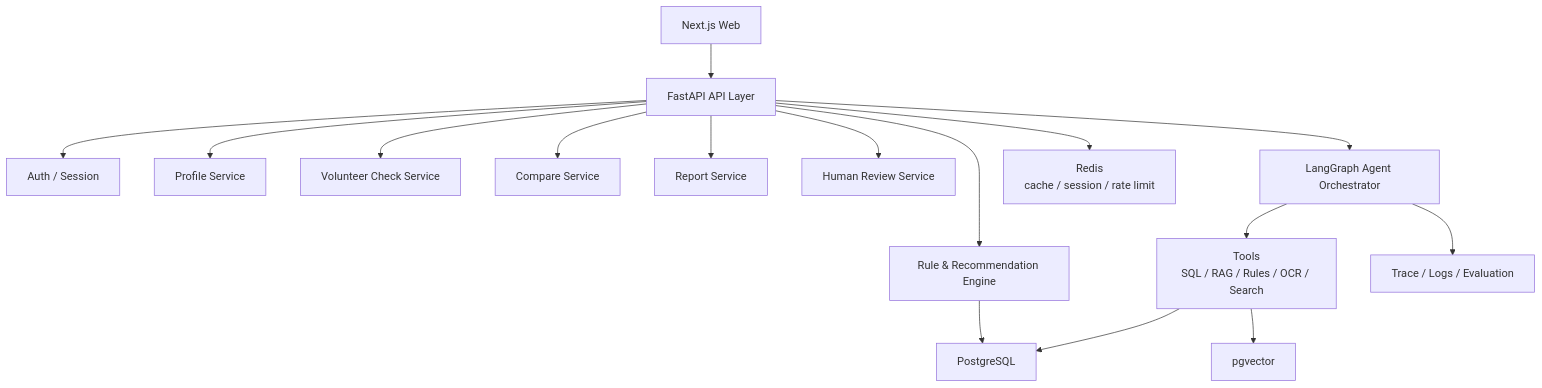
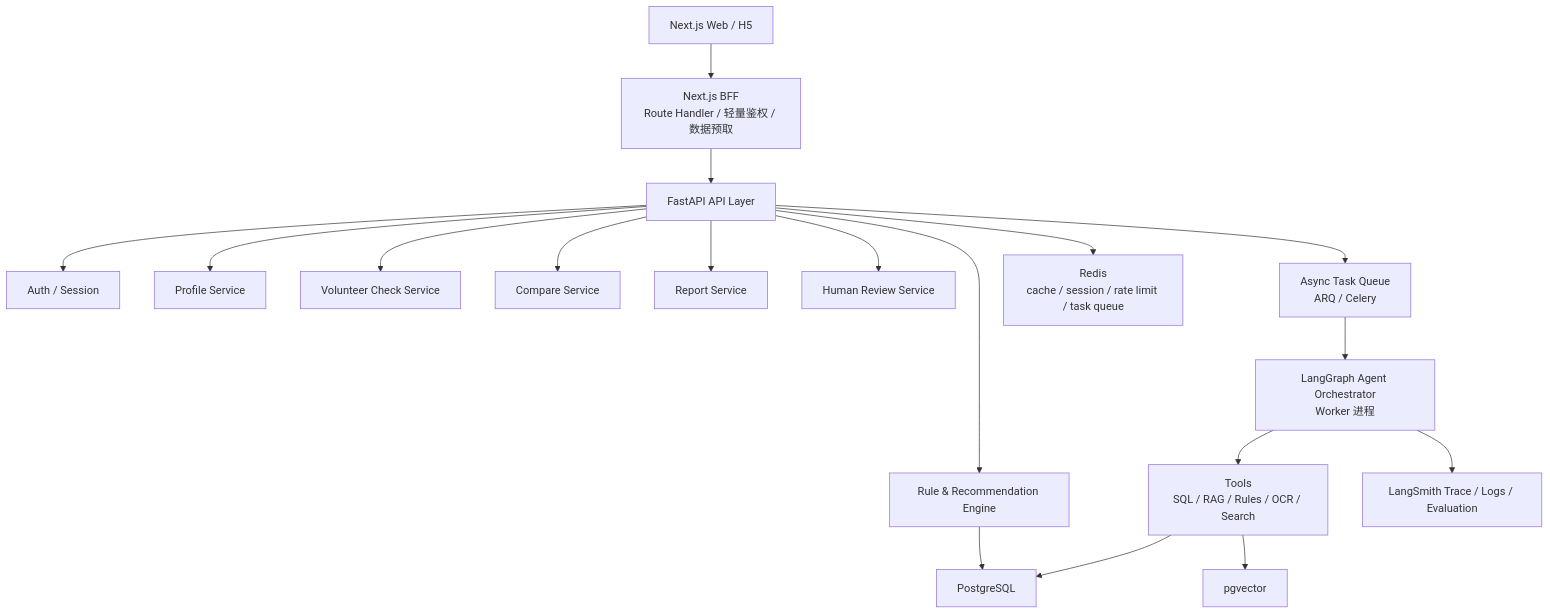
One commit to debugzhao/jin-guide changed the first of 4 diagrams in docs/backend-prd.md. Above: the diagram before and after it, drawn with Mermaid. The commit also changed other lines of this file and 3 other files, not shown here.

````diff
--- a/docs/backend-prd.md
+++ b/docs/backend-prd.md
@@ -34,18 +46,20 @@
 ```mermaid
 flowchart TD
-  FE["Next.js Web"] --> API["FastAPI API Layer"]
+  FE["Next.js Web / H5"] --> BFF["Next.js BFF<br/>Route Handler / 轻量鉴权 / 数据预取"]
+  BFF --> API["FastAPI API Layer"]
   API --> AUTH["Auth / Session"]
   API --> PROFILE["Profile Service"]
   API --> CHECK["Volunteer Check Service"]
   API --> COMPARE["Compare Service"]
   API --> REPORT["Report Service"]
   API --> REVIEW["Human Review Service"]
-  API --> AGENT["LangGraph Agent Orchestrator"]
+  API --> QUEUE["Async Task Queue<br/>ARQ / Celery"]
+  QUEUE --> AGENT["LangGraph Agent Orchestrator<br/>Worker 进程"]
   API --> RULE["Rule & Recommendation Engine"]
   RULE --> SQL["PostgreSQL"]
   AGENT --> TOOLS["Tools<br/>SQL / RAG / Rules / OCR / Search"]
   TOOLS --> SQL
   TOOLS --> VDB["pgvector"]
-  API --> REDIS["Redis<br/>cache / session / rate limit"]
-  AGENT --> TRACE["Trace / Logs / Evaluation"]
+  API --> REDIS["Redis<br/>cache / session / rate limit / task queue"]
+  AGENT --> TRACE["LangSmith Trace / Logs / Evaluation"]
 ```
````
